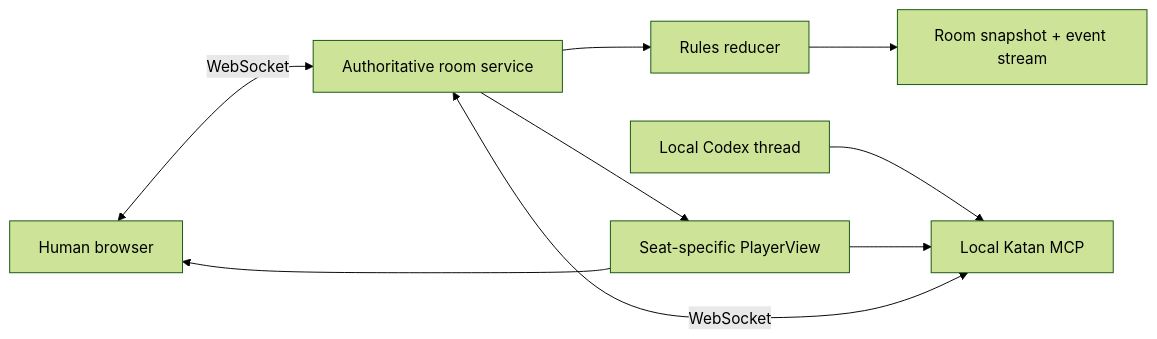
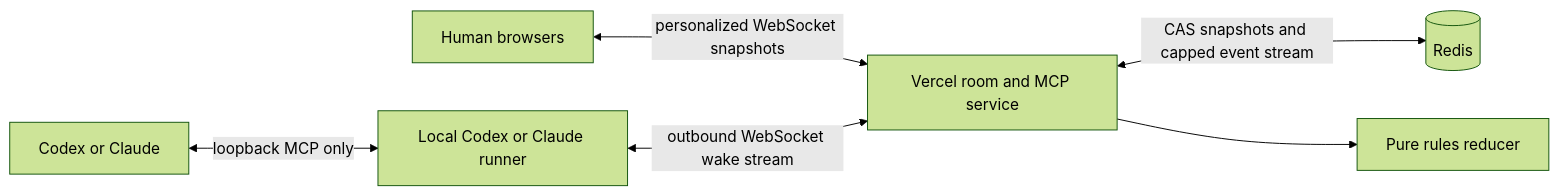
One commit to nawwwal/katan-agents changed the diagram in README.md. Above: the diagram before and after it, drawn with Mermaid (forest theme). The commit also changed other lines of this file and 23 other files, not shown here.

Commit message:
feat: ship hosted MCP and live agent runner

````diff
--- a/README.md
+++ b/README.md
@@ -376,11 +376,8 @@
 ```mermaid
 flowchart LR
-  Browser[Human browser] <-->|WebSocket| Room[Authoritative room service]
-  Codex[Local Codex thread] --> MCP[Local Katan MCP]
-  MCP <-->|WebSocket| Room
-  Room --> Engine[Rules reducer]
-  Engine --> Redis[Room snapshot + event stream]
-  Room --> View[Seat-specific PlayerView]
-  View --> Browser
-  View --> MCP
+  Browser[Human browsers] <-->|personalized WebSocket snapshots| Room[Vercel room and MCP service]
+  Runner[Local Codex or Claude runner] <-->|outbound WebSocket wake stream| Room
+  Model[Codex or Claude] <-->|loopback MCP only| Runner
+  Room <-->|CAS snapshots and capped event stream| Redis[(Redis)]
+  Room --> Engine[Pure rules reducer]
 ```
````
